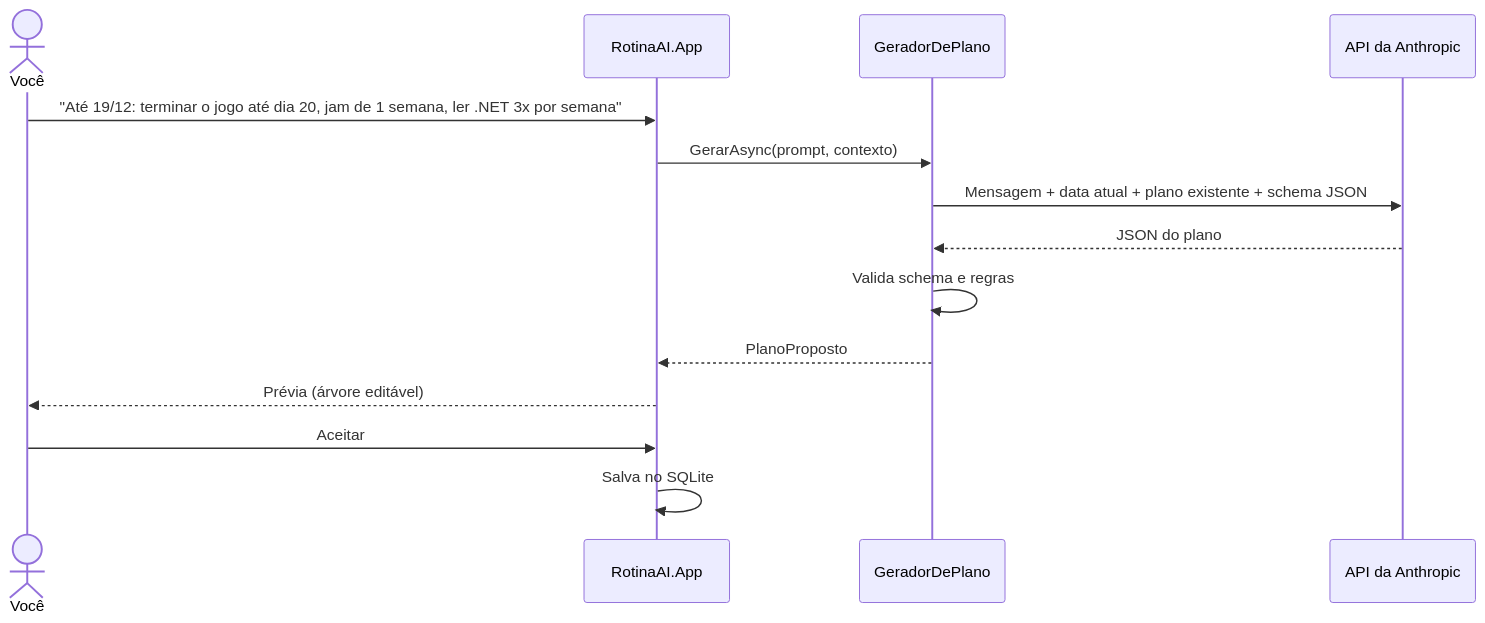
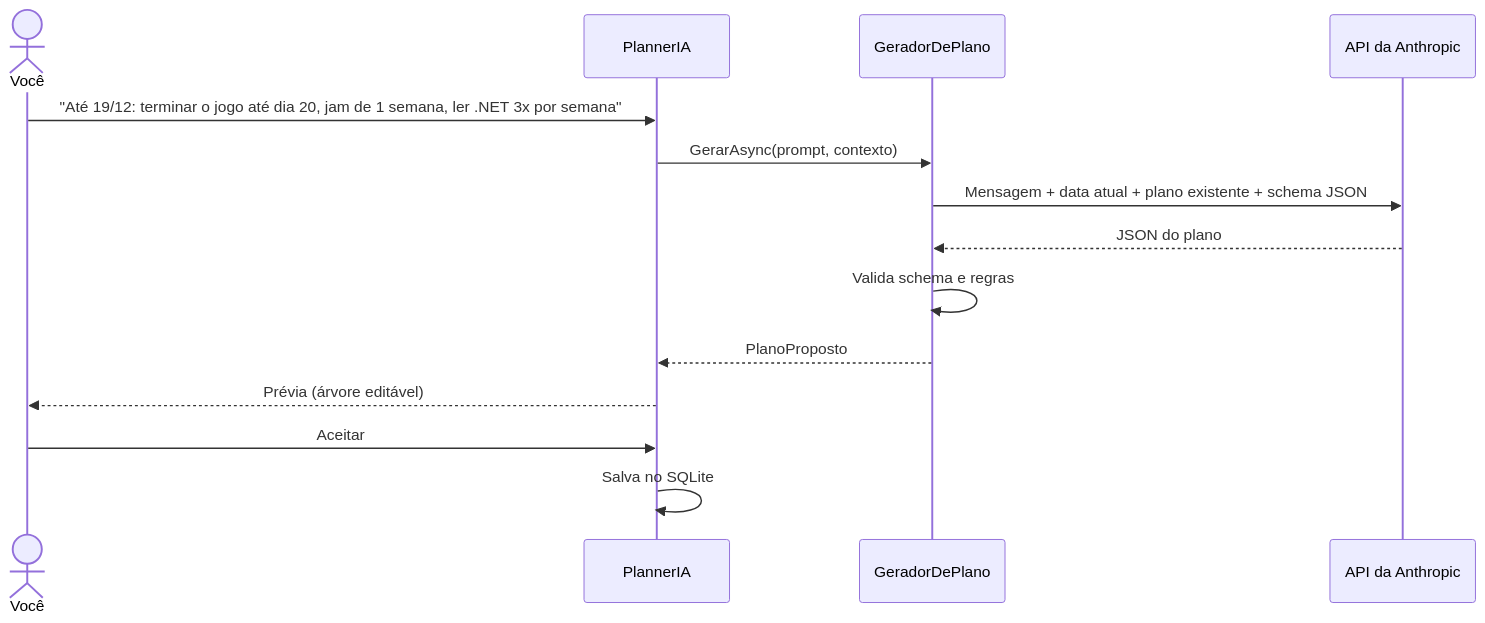
One commit to CarlosEM007/PlannerIA changed the third of 3 diagrams in README.md. Above: the diagram before and after it, drawn with Mermaid. The commit also changed other lines of this file, not shown here.

````diff
--- a/README.md
+++ b/README.md
@@ -117,16 +175,16 @@
 ```mermaid
 sequenceDiagram
     actor U as Você
-    participant App as RotinaAI.App
+    participant App as PlannerIA
     participant G as GeradorDePlano
     participant API as API da Anthropic
     U->>App: "Até 19/12: terminar o jogo até dia 20, jam de 1 semana, ler .NET 3x por semana"
     App->>G: GerarAsync(prompt, contexto)
     G->>API: Mensagem + data atual + plano existente + schema JSON
     API-->>G: JSON do plano
     G->>G: Valida schema e regras
     G-->>App: PlanoProposto
     App-->>U: Prévia (árvore editável)
     U->>App: Aceitar
     App->>App: Salva no SQLite
 ```
````
